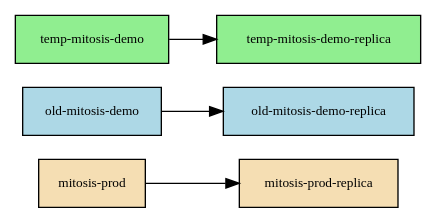
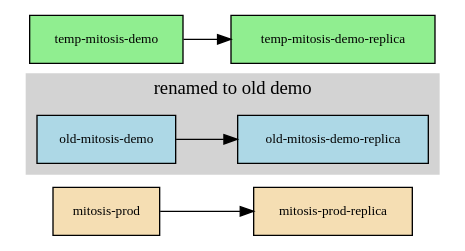
The fifth of 7 diagrams in doc/examples.org (dgtized/stack-mitosis), drawn with Graphviz before and after one commit. The commit also changed other lines of this file and 4 other files, not shown here.

```diff
--- a/doc/examples.org
+++ b/doc/examples.org
@@ -68,14 +78,19 @@
    #+begin_src dot :file img/rename-1.png
    digraph copying {
        rankdir=LR; node [shape=box,fontsize=10]
        "mitosis-prod" [style=filled,fillcolor=wheat]
        "mitosis-prod-replica" [style=filled,fillcolor=wheat]
-       "old-mitosis-demo" [style=filled,fillcolor=lightblue]
-       "old-mitosis-demo-replica" [style=filled,fillcolor=lightblue]
+       subgraph cluster {
+         style=filled
+         color=lightgrey
+         label="renamed to old demo"
+         "old-mitosis-demo" [style=filled,fillcolor=lightblue]
+         "old-mitosis-demo-replica" [style=filled,fillcolor=lightblue]
+       }
        "temp-mitosis-demo" [style=filled,fillcolor=lightgreen]
        "temp-mitosis-demo-replica" [style=filled,fillcolor=lightgreen]
        "mitosis-prod" -> "mitosis-prod-replica"
        "temp-mitosis-demo" -> "temp-mitosis-demo-replica"
        "old-mitosis-demo" -> "old-mitosis-demo-replica"
    }
    #+end_src
```
